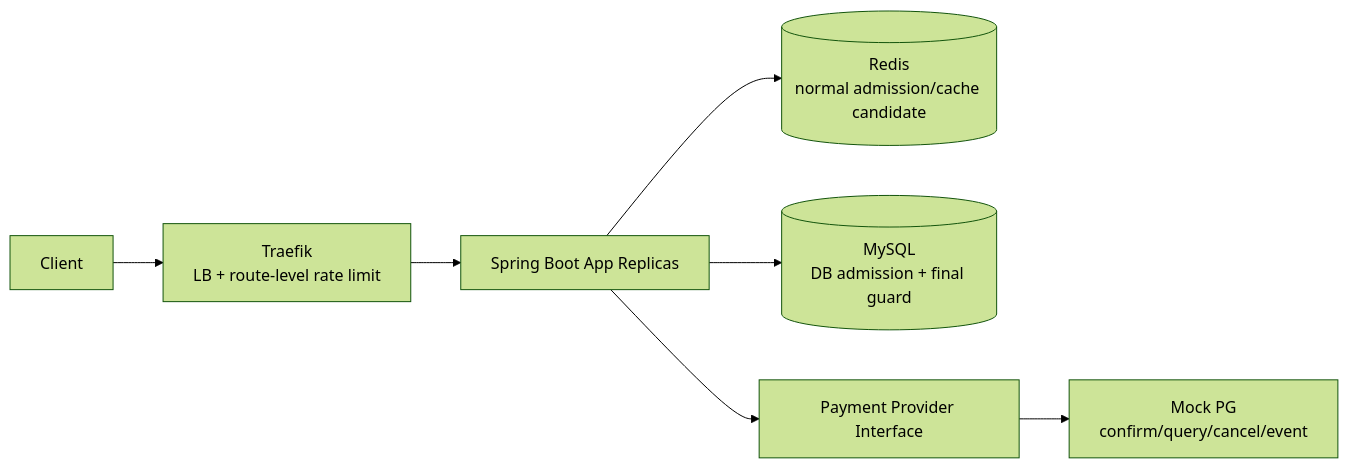
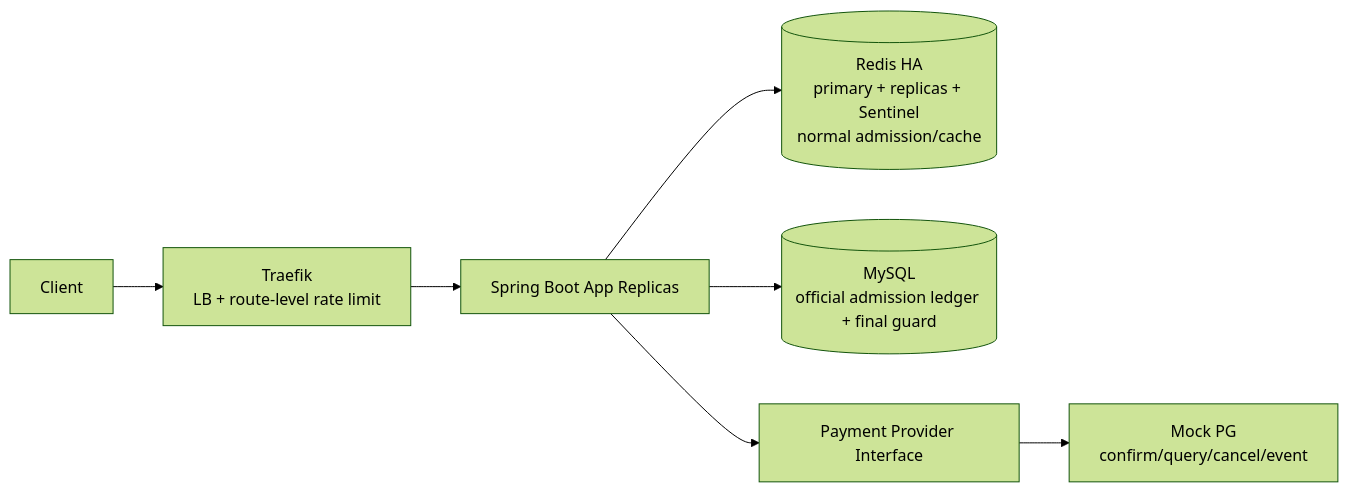
Before and after one commit to lsh1215/peak-booking-system: the first of 5 diagrams in docs/system-design/sdd.md, drawn with Mermaid (forest theme). The commit also changed other lines of this file and 9 other files, not shown here.

````diff
--- a/docs/system-design/sdd.md
+++ b/docs/system-design/sdd.md
@@ -73,9 +74,9 @@
 ```mermaid
 flowchart LR
     Client[Client] --> LB[Traefik<br/>LB + route-level rate limit]
     LB --> App[Spring Boot App Replicas]
-    App --> Redis[(Redis<br/>normal admission/cache candidate)]
-    App --> RDB[(MySQL<br/>DB admission + final guard)]
+    App --> Redis[(Redis HA<br/>primary + replicas + Sentinel<br/>normal admission/cache)]
+    App --> RDB[(MySQL<br/>official admission ledger + final guard)]
     App --> PaymentPort[Payment Provider Interface]
     PaymentPort --> StubPG[Mock PG<br/>confirm/query/cancel/event]
 ```
````
